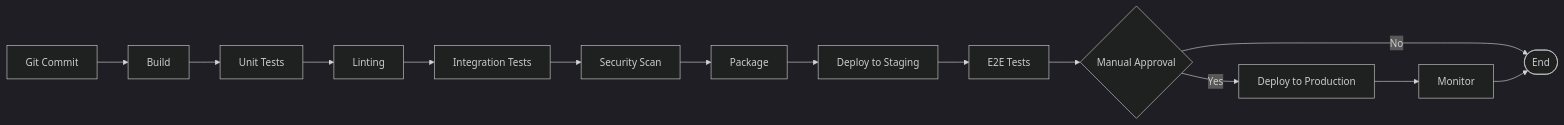
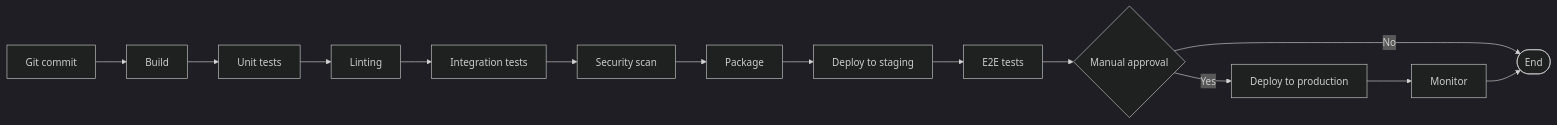
The third of 19 diagrams in mastery-of-mermaid/references/common-patterns.md (flatrick/agent-skills), drawn with Mermaid (dark theme) before and after one commit. The commit also changed other lines of this file and 10 other files, not shown here.

````diff
--- a/mastery-of-mermaid/references/common-patterns.md
+++ b/mastery-of-mermaid/references/common-patterns.md
@@ -54,16 +73,16 @@
 ```mermaid
 flowchart LR
-    Commit[Git Commit] --> Build[Build]
-    Build --> UnitTest[Unit Tests]
+    Commit[Git commit] --> Build[Build]
+    Build --> UnitTest[Unit tests]
     UnitTest --> Lint[Linting]
-    Lint --> IntTest[Integration Tests]
-    IntTest --> Security[Security Scan]
+    Lint --> IntTest[Integration tests]
+    IntTest --> Security[Security scan]
     Security --> Package[Package]
-    Package --> StageDeploy[Deploy to Staging]
-    StageDeploy --> E2E[E2E Tests]
-    E2E --> Approve{Manual Approval}
-    Approve -->|Yes| ProdDeploy[Deploy to Production]
+    Package --> StageDeploy[Deploy to staging]
+    StageDeploy --> E2E[E2E tests]
+    E2E --> Approve{Manual approval}
+    Approve -->|Yes| ProdDeploy[Deploy to production]
     Approve -->|No| End([End])
     ProdDeploy --> Monitor[Monitor]
     Monitor --> End
 ```
````
